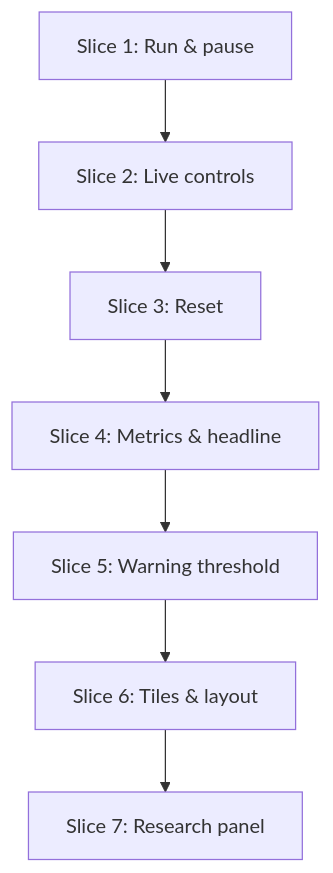
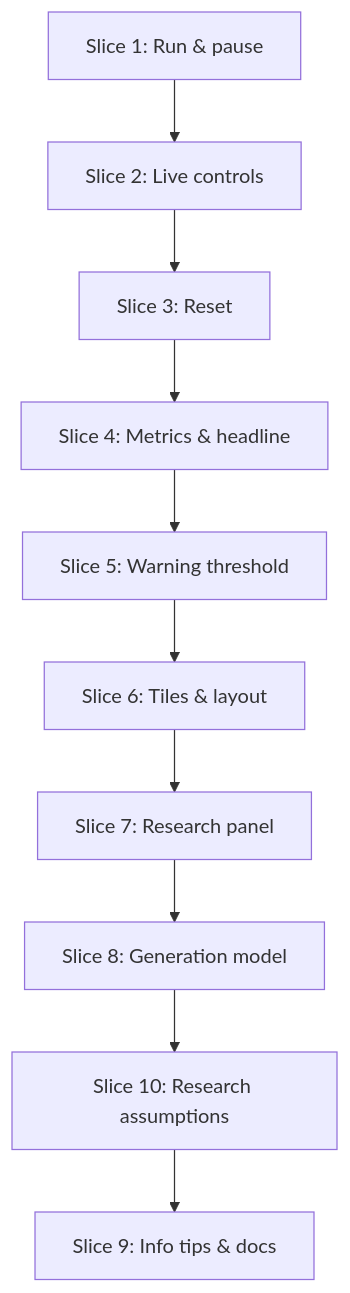
One commit to bdfinst/sims changed the diagram in plans/ai-vs-human-code-review-simulator.md. Above: the diagram before and after it, drawn with Mermaid. The commit also changed other lines of this file and 10 other files, not shown here.

First line of the commit message:
docs(spec,plan): generation amendment and slider info tips

````diff
--- a/plans/ai-vs-human-code-review-simulator.md
+++ b/plans/ai-vs-human-code-review-simulator.md
@@ -873,9 +1399,12 @@
 ```mermaid
 graph TD
   S1[Slice 1: Run & pause] --> S2[Slice 2: Live controls]
   S2 --> S3[Slice 3: Reset]
   S3 --> S4[Slice 4: Metrics & headline]
   S4 --> S5[Slice 5: Warning threshold]
   S5 --> S6[Slice 6: Tiles & layout]
   S6 --> S7[Slice 7: Research panel]
+  S7 --> S8[Slice 8: Generation model]
+  S8 --> S10[Slice 10: Research assumptions]
+  S10 --> S9[Slice 9: Info tips & docs]
 ```
````
